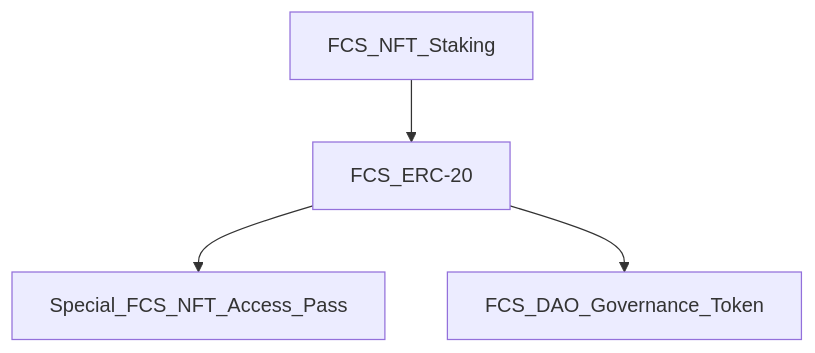
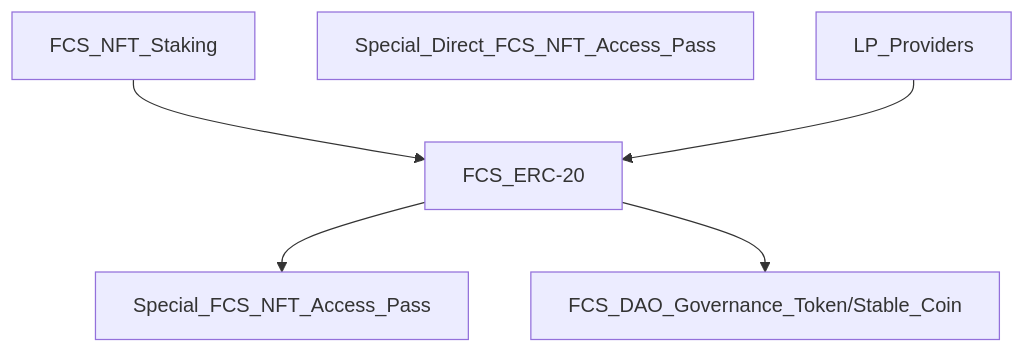
Before and after one commit to WrappedUsername/Web-Dev-Notes: the second of 2 diagrams in White Papers/FCS NFT/README.md, drawn with Mermaid. The commit also changed other lines of this file, not shown here.

````diff
--- a/White Papers/FCS NFT/README.md
+++ b/White Papers/FCS NFT/README.md
@@ -39,7 +40,9 @@
 ```mermaid
 graph TD;
 FCS_NFT_Staking-->FCS_ERC-20
+Special_Direct_FCS_NFT_Access_Pass
+LP_Providers-->FCS_ERC-20
 FCS_ERC-20-->Special_FCS_NFT_Access_Pass
-FCS_ERC-20-->FCS_DAO_Governance_Token
+FCS_ERC-20-->FCS_DAO_Governance_Token/Stable_Coin
 
 ```
````
